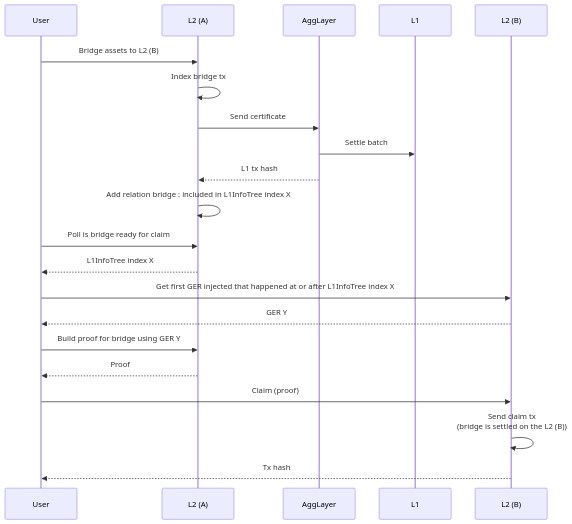
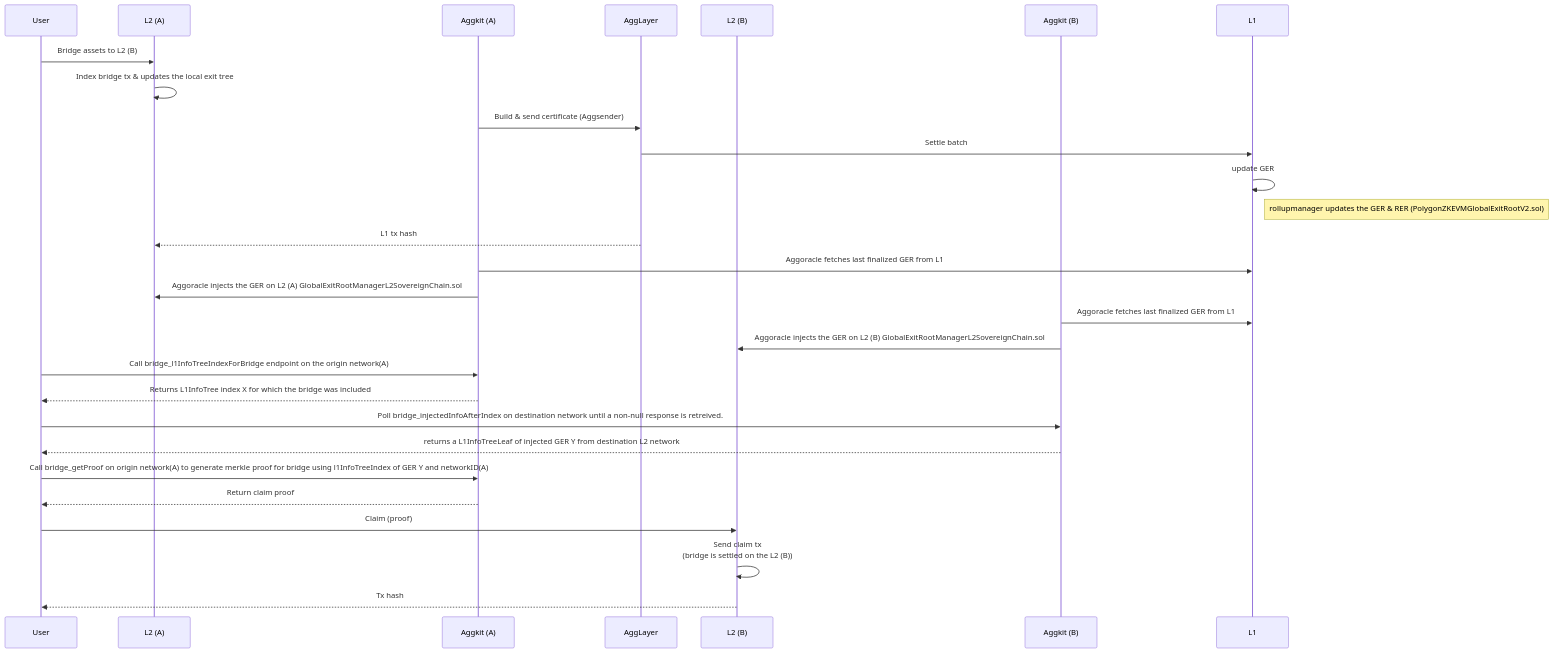
The first of 5 diagrams in docs/bridge_service.md (agglayer/aggkit), drawn with Mermaid before and after one commit. The commit also changed other lines of this file, not shown here.

````diff
--- a/docs/bridge_service.md
+++ b/docs/bridge_service.md
@@ -13,18 +13,34 @@
 ```mermaid
 sequenceDiagram
-User->>L2 (A): Bridge assets to L2 (B)
-L2 (A)->>L2 (A): Index bridge tx
-L2 (A)->>AggLayer: Send certificate
-AggLayer->>L1: Settle batch
-AggLayer-->>L2 (A): L1 tx hash
-L2 (A)->>L2 (A): Add relation bridge : included in L1InfoTree index X
-User->>L2 (A): Poll is bridge ready for claim
-L2 (A)-->>User: L1InfoTree index X
-User->>L2 (B): Get first GER injected that happened at or after L1InfoTree index X
-L2 (B)-->>User: GER Y
-User->>L2 (A): Build proof for bridge using GER Y
-L2 (A)-->>User: Proof
-User->>L2 (B): Claim (proof)
-L2 (B)->>L2 (B): Send claim tx<br/>(bridge is settled on the L2 (B))
-L2 (B)-->>User: Tx hash
+    participant User
+    participant L2 (A)
+    participant Aggkit (A)
+    participant AggLayer
+    participant L2 (B)
+    participant Aggkit (B)
+    participant L1
+
+    User->>L2 (A): Bridge assets to L2 (B)
+    L2 (A)->>L2 (A): Index bridge tx & updates the local exit tree
+    Aggkit (A)->>AggLayer: Build & send certificate (Aggsender)
+    AggLayer->>L1: Settle batch
+    L1->>L1: update GER
+    Note right of L1: rollupmanager updates the GER & RER (PolygonZKEVMGlobalExitRootV2.sol)
+    AggLayer-->>L2 (A): L1 tx hash
+
+    Aggkit (A)->>L1: Aggoracle fetches last finalized GER from L1
+    Aggkit (A)->>L2 (A): Aggoracle injects the GER on L2 (A) GlobalExitRootManagerL2SovereignChain.sol
+    Aggkit (B)->>L1: Aggoracle fetches last finalized GER from L1
+    Aggkit (B)->>L2 (B): Aggoracle injects the GER on L2 (B) GlobalExitRootManagerL2SovereignChain.sol
+
+    User->>Aggkit (A): Call bridge_l1InfoTreeIndexForBridge endpoint on the origin network(A)
+    Aggkit (A)-->>User: Returns L1InfoTree index X for which the bridge was included
+    User->>Aggkit (B): Poll bridge_injectedInfoAfterIndex on destination network until a non-null response is retreived.
+    Aggkit (B)-->>User: returns a L1InfoTreeLeaf of injected GER Y from destination L2 network
+    User->>Aggkit (A): Call bridge_getProof on origin network(A) to generate merkle proof for bridge using l1InfoTreeIndex of GER Y and networkID(A)
+    
+    Aggkit (A)-->>User: Return claim proof
+    User->>L2 (B): Claim (proof)
+    L2 (B)->>L2 (B): Send claim tx<br/>(bridge is settled on the L2 (B))
+    L2 (B)-->>User: Tx hash
 ```
````
